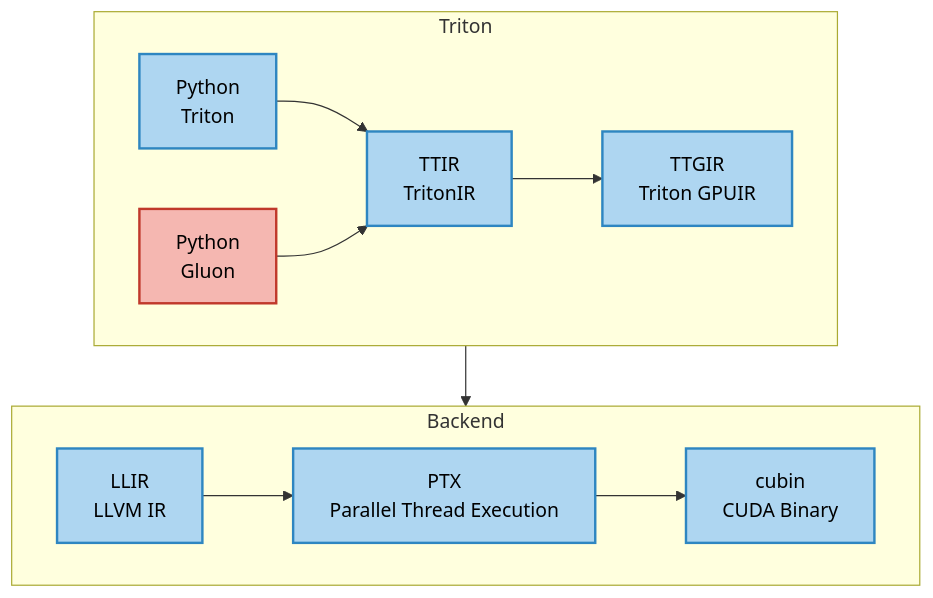
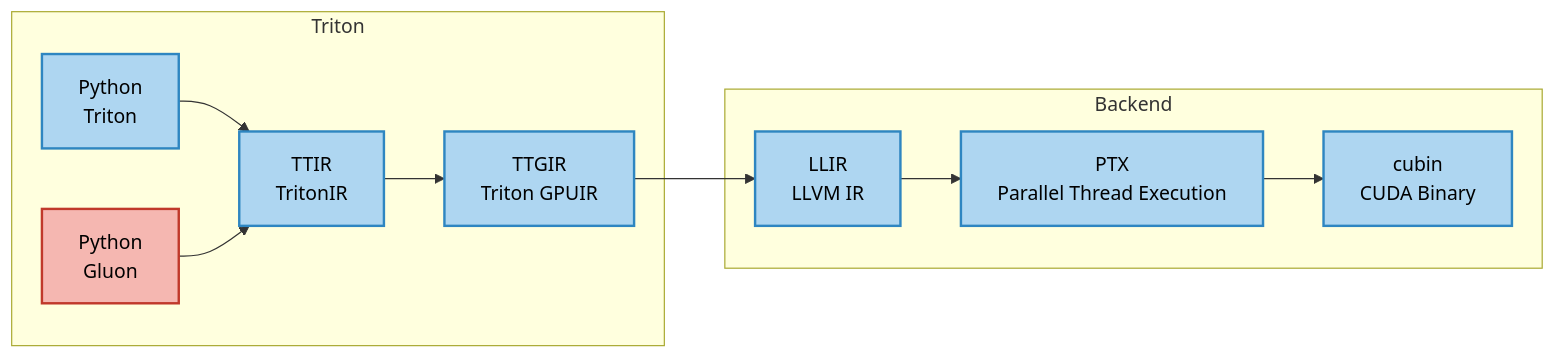
The diagram in README.md (toyaix/triton-runner), drawn with Mermaid before and after one commit.

Commit message:
update flowchart

````diff
--- a/README.md
+++ b/README.md
@@ -52,20 +52,18 @@
 ```mermaid
-flowchart TB
+flowchart LR
 
     subgraph Triton
-        direction LR
         A["Python<br>Triton"]:::supported --> B["TTIR<br>TritonIR"]:::supported
         Gluon["Python<br>Gluon"]:::unsupported --> B
         B --> C["TTGIR<br>Triton GPUIR"]:::supported
     end
 
     subgraph Backend
-        direction LR
         C --> D["LLIR<br>LLVM IR"]:::supported
         D --> E["PTX<br>Parallel Thread Execution"]:::supported
         E --> F["cubin<br>CUDA Binary"]:::supported
     end
 
     classDef supported fill:#AED6F1,stroke:#2E86C1,stroke-width:2px,color:#000000;
     classDef unsupported fill:#F5B7B1,stroke:#C0392B,stroke-width:2px,color:#000000;
 ```
````
